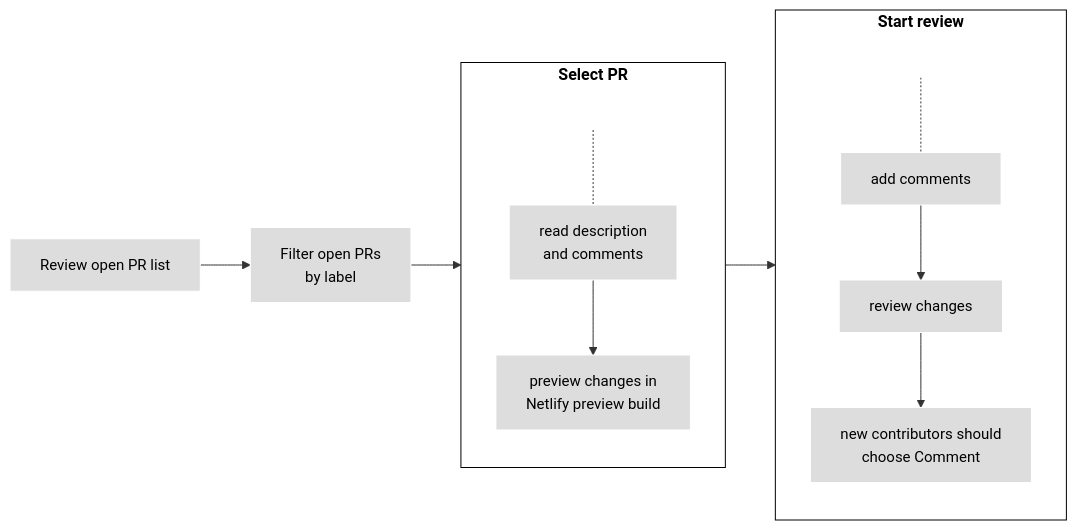
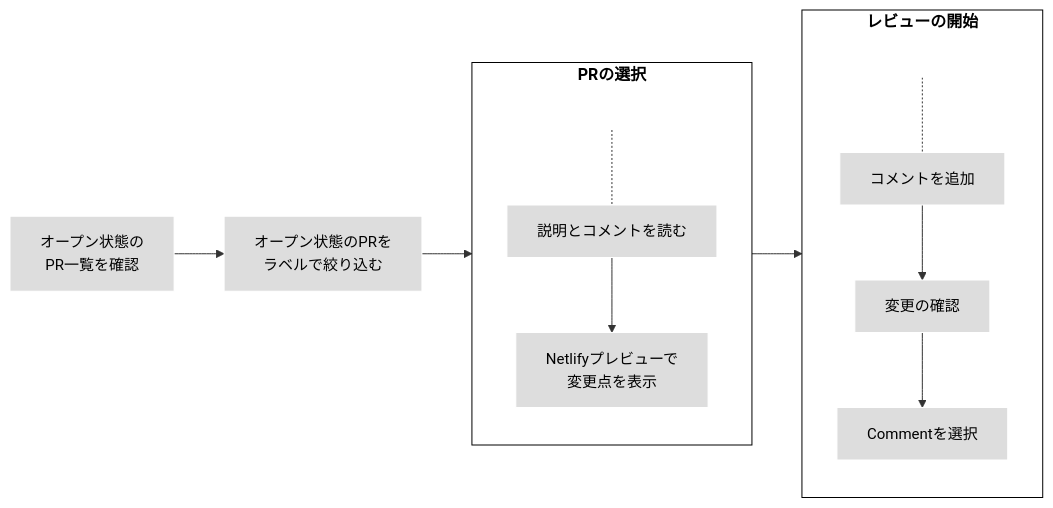
The diagram in content/ja/docs/contribute/review/reviewing-prs.md (KimSJ15/kubernetes_website), drawn with Mermaid before and after one commit. The commit also changed other lines of this file, not shown here.

Commit message:
[ja] The translations in the mermaid and minor update.

```diff
--- a/content/ja/docs/contribute/review/reviewing-prs.md
+++ b/content/ja/docs/contribute/review/reviewing-prs.md
@@ -39,25 +39,25 @@
 {{< mermaid >}}
 flowchart LR
-    subgraph fourth[Start review]
+    subgraph fourth[レビューの開始]
     direction TB
     S[ ] -.-
-    M[add comments] --> N[review changes]
-    N --> O[new contributors should<br>choose Comment]
+    M[コメントを追加] --> N[変更の確認]
+    N --> O[Commentを選択]
     end
-    subgraph third[Select PR]
+    subgraph third[PRの選択]
     direction TB
     T[ ] -.-
-    J[read description<br>and comments]--> K[preview changes in<br>Netlify preview build]
+    J[説明とコメントを読む]--> K[Netlifyプレビューで<br>変更点を表示]
     end
 
-  A[Review open PR list]--> B[Filter open PRs<br>by label]
+  A[オープン状態の<br>PR一覧を確認]--> B[オープン状態のPRを<br>ラベルで絞り込む]
   B --> third --> fourth
 
 
 classDef grey fill:#dddddd,stroke:#ffffff,stroke-width:px,color:#000000, font-size:15px;
 classDef white fill:#ffffff,stroke:#000,stroke-width:px,color:#000,font-weight:bold
 classDef spacewhite fill:#ffffff,stroke:#fff,stroke-width:0px,color:#000
 class A,B,J,K,M,N,O grey
 class S,T spacewhite
 class third,fourth white
 {{</ mermaid >}}
```
